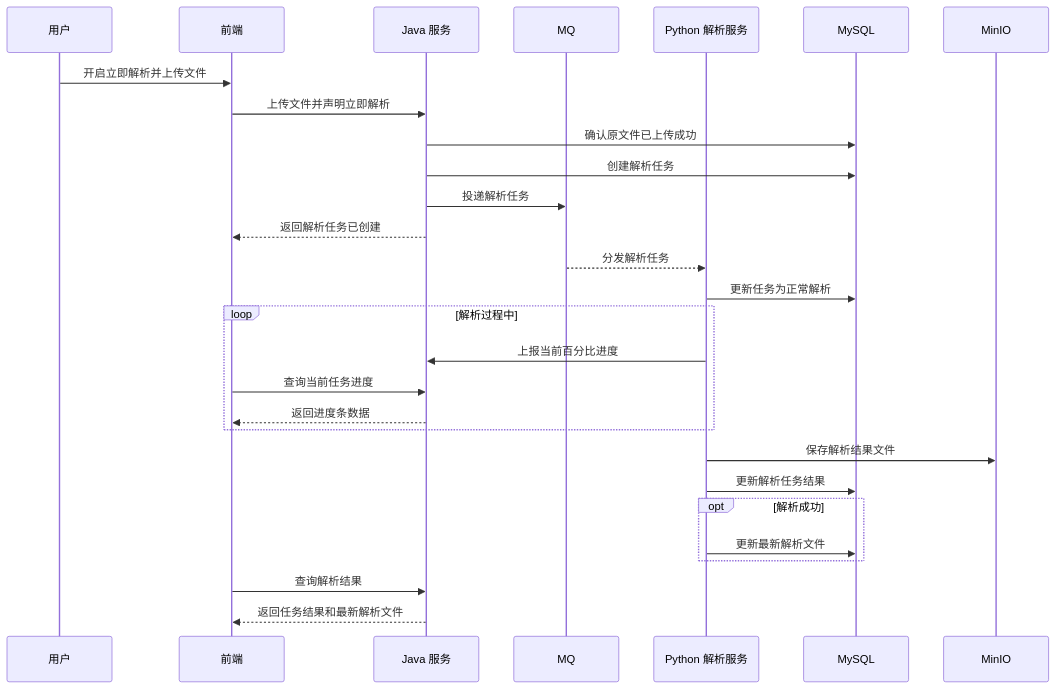
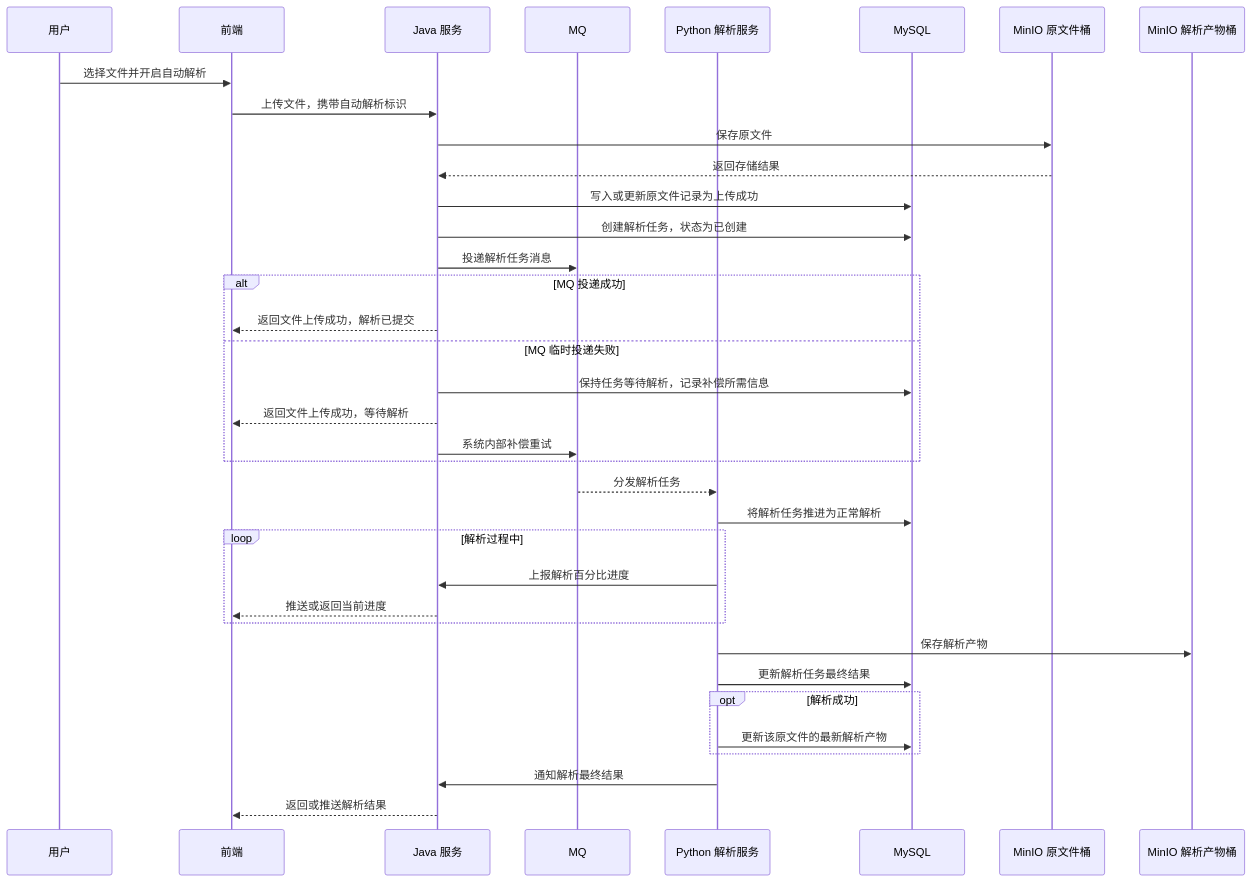
Before and after one commit to ql-link/LinkRag-Service: the first of 2 diagrams in docs/module-development-files/storage-file-management/二期/requirement.md, drawn with Mermaid. The commit also changed other lines of this file and 30 other files, not shown here.

````diff
--- a/docs/module-development-files/storage-file-management/二期/requirement.md
+++ b/docs/module-development-files/storage-file-management/二期/requirement.md
@@ -50,31 +48,39 @@
 ```mermaid
 sequenceDiagram
     participant User as 用户
     participant FE as 前端
     participant Java as Java 服务
     participant MQ as MQ
     participant Python as Python 解析服务
-    participant DB as MySQL
-    participant OSS as MinIO
+    participant MySQL as MySQL
+    participant RawOSS as MinIO 原文件桶
+    participant ParsedOSS as MinIO 解析产物桶
 
-    User->>FE: 开启立即解析并上传文件
-    FE->>Java: 上传文件并声明立即解析
-    Java->>DB: 确认原文件已上传成功
-    Java->>DB: 创建解析任务
-    Java->>MQ: 投递解析任务
-    Java-->>FE: 返回解析任务已创建
+    User->>FE: 选择文件并开启自动解析
+    FE->>Java: 上传文件，携带自动解析标识
+    Java->>RawOSS: 保存原文件
+    RawOSS-->>Java: 返回存储结果
+    Java->>MySQL: 写入或更新原文件记录为上传成功
+    Java->>MySQL: 创建解析任务，状态为已创建
+    Java->>MQ: 投递解析任务消息
+    alt MQ 投递成功
+        Java-->>FE: 返回文件上传成功，解析已提交
+    else MQ 临时投递失败
+        Java->>MySQL: 保持任务等待解析，记录补偿所需信息
+        Java-->>FE: 返回文件上传成功，等待解析
+        Java->>MQ: 系统内部补偿重试
+    end
     MQ-->>Python: 分发解析任务
-    Python->>DB: 更新任务为正常解析
+    Python->>MySQL: 将解析任务推进为正常解析
     loop 解析过程中
-        Python->>Java: 上报当前百分比进度
-        FE->>Java: 查询当前任务进度
-        Java-->>FE: 返回进度条数据
+        Python->>Java: 上报解析百分比进度
+        Java-->>FE: 推送或返回当前进度
     end
-    Python->>OSS: 保存解析结果文件
-    Python->>DB: 更新解析任务结果
+    Python->>ParsedOSS: 保存解析产物
+    Python->>MySQL: 更新解析任务最终结果
     opt 解析成功
-        Python->>DB: 更新最新解析文件
+        Python->>MySQL: 更新该原文件的最新解析产物
     end
-    FE->>Java: 查询解析结果
-    Java-->>FE: 返回任务结果和最新解析文件
+    Python->>Java: 通知解析最终结果
+    Java-->>FE: 返回或推送解析结果
 ```
````
